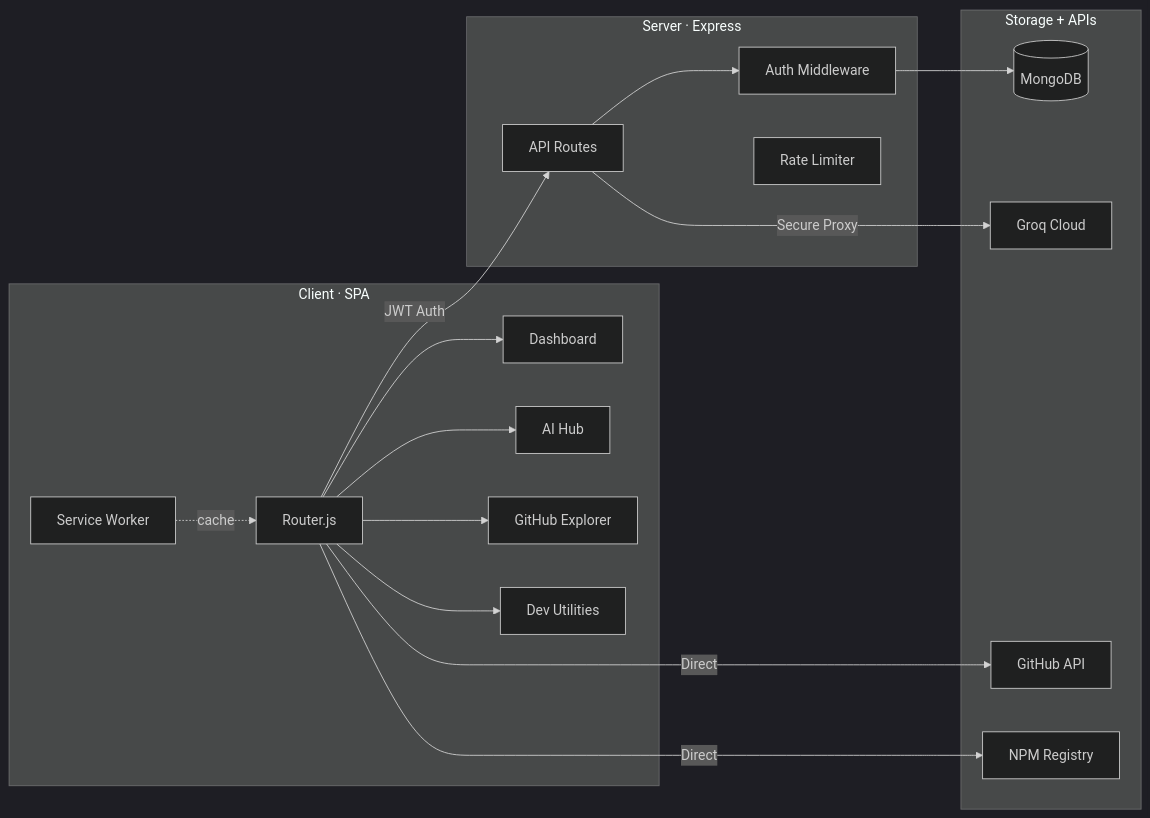
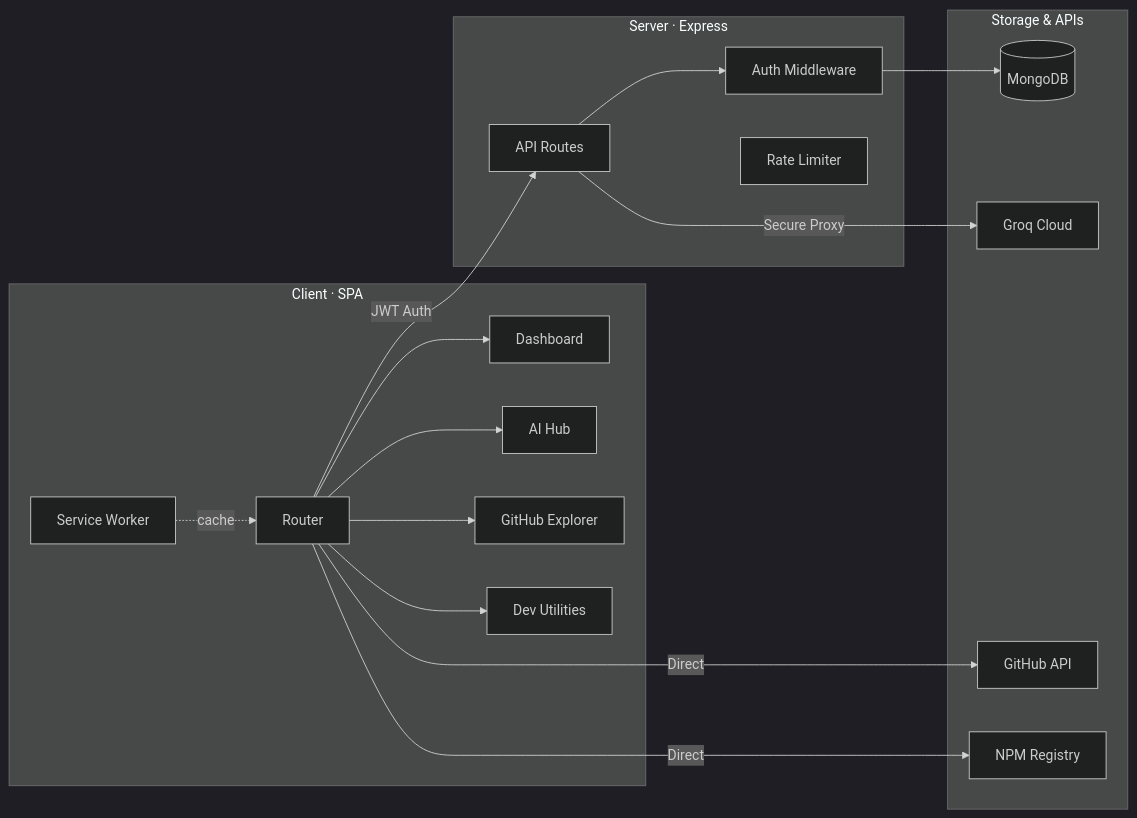
One commit to adityajha-coder/TrivoXa changed the diagram in README.md. Above: the diagram before and after it, drawn with Mermaid (dark theme). The commit also changed other lines of this file, not shown here.

````diff
--- a/README.md
+++ b/README.md
@@ -41,29 +38,29 @@
 ```mermaid
 graph LR
     subgraph Frontend ["Client · SPA"]
-        A["Router.js"] --> B["Dashboard"]
+        A["Router"] --> B["Dashboard"]
         A --> C["AI Hub"]
         A --> D["GitHub Explorer"]
         A --> E["Dev Utilities"]
         F["Service Worker"] -.->|cache| A
     end
 
     subgraph Backend ["Server · Express"]
         G["Auth Middleware"]
         H["Rate Limiter"]
         I["API Routes"]
     end
 
-    subgraph Data ["Storage + APIs"]
+    subgraph Data ["Storage & APIs"]
         J[("MongoDB")]
         K["Groq Cloud"]
         L["GitHub API"]
         M["NPM Registry"]
     end
 
     A -->|JWT Auth| I
     I --> G --> J
     I -->|Secure Proxy| K
     A -->|Direct| L
     A -->|Direct| M
 ```
````
